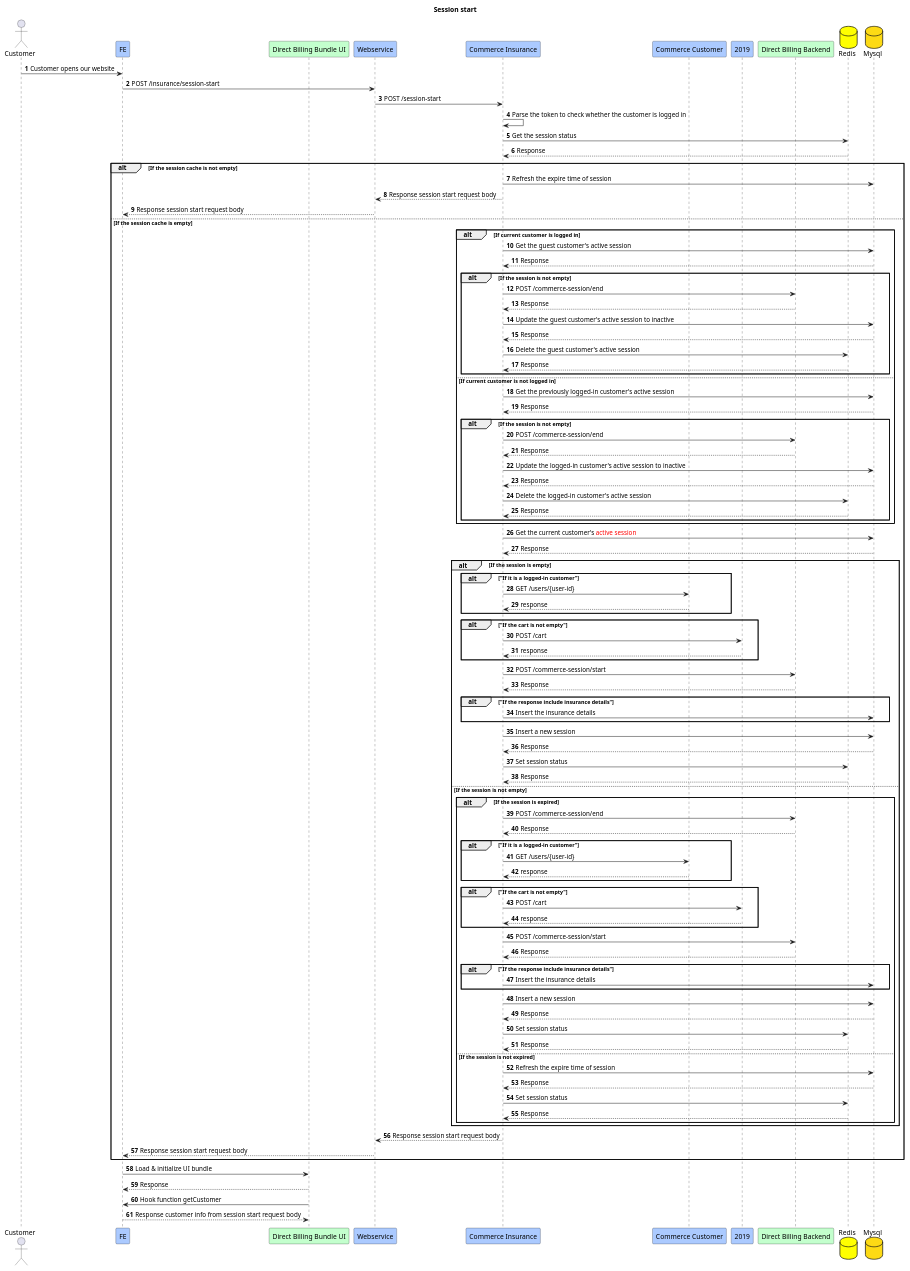
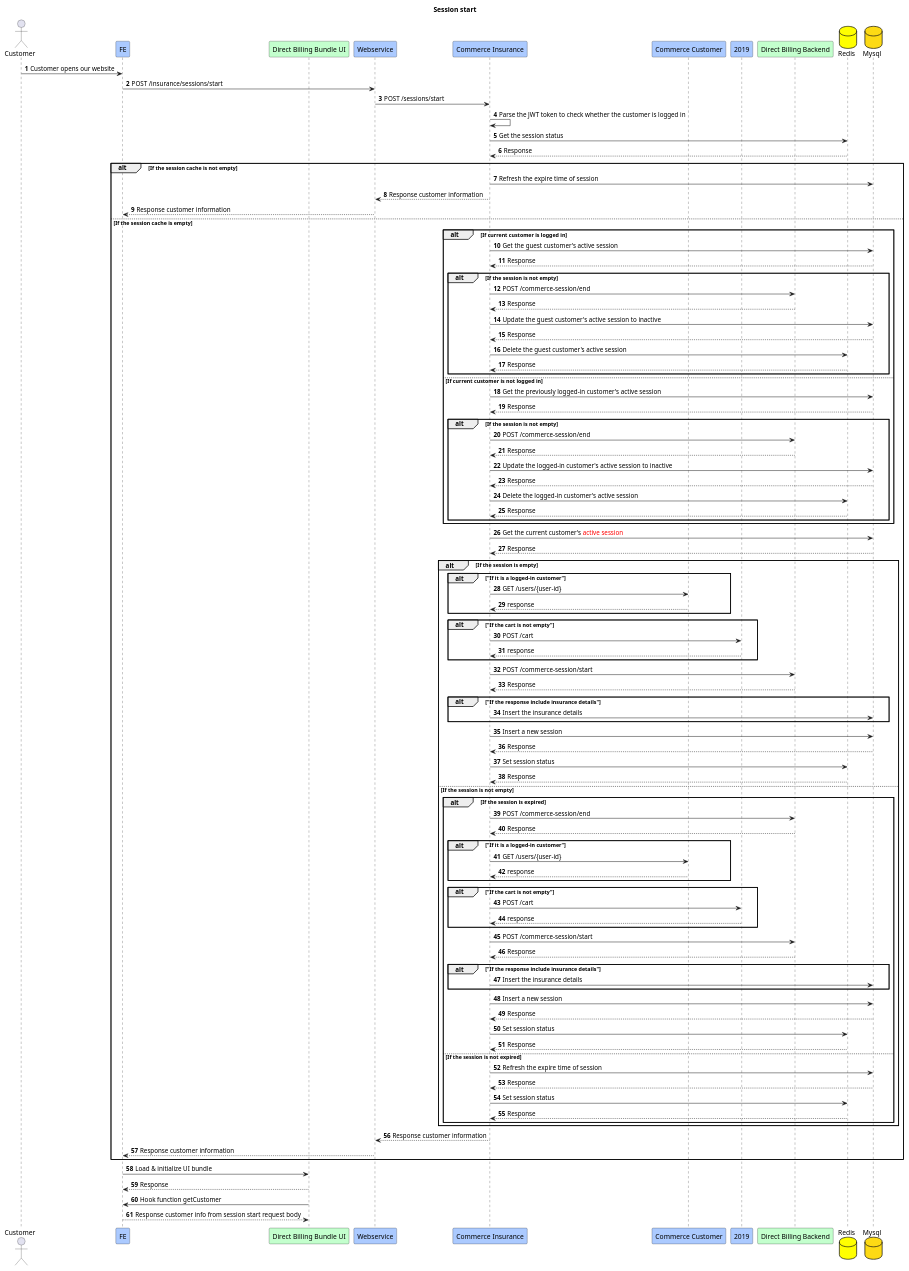
The diagram in 1.Customer session start.puml (Jayounger/EyeMed-Sequence-Diagram), drawn with PlantUML before and after one commit. The commit also changed 75 other files, not shown here.

```diff
--- a/1.Customer session start.puml
+++ b/1.Customer session start.puml
@@ -1,110 +1,110 @@
 @startuml
 title Session start
 actor Customer
 participant FE #abcaff
 participant "Direct Billing Bundle UI" #c3ffcd
 participant "Webservice" #abcaff
 participant "Commerce Insurance" #abcaff
 participant "Commerce Customer" #abcaff
 participant "2019" #abcaff
 participant "Direct Billing Backend" #c3ffcd
 database "Redis" #yellow
 database "Mysql" #fdda14
 
 autonumber
 Customer -> FE:Customer opens our website
-FE -> "Webservice":POST /insurance/session-start
-"Webservice" -> "Commerce Insurance":POST /session-start
-"Commerce Insurance" -> "Commerce Insurance":Parse the token to check whether the customer is logged in
+FE -> "Webservice":POST /insurance/sessions/start
+"Webservice" -> "Commerce Insurance":POST /sessions/start
+"Commerce Insurance" -> "Commerce Insurance":Parse the JWT token to check whether the customer is logged in
 "Commerce Insurance" -> "Redis":Get the session status
 "Redis" --> "Commerce Insurance":Response
 alt If the session cache is not empty
     "Commerce Insurance" -> "Mysql":Refresh the expire time of session
-    "Commerce Insurance" --> "Webservice":Response session start request body
-    "Webservice" --> FE:Response session start request body
+    "Commerce Insurance" --> "Webservice":Response customer information
+    "Webservice" --> FE:Response customer information
 else If the session cache is empty
 
 '    Start verify whether the previous account has ended the session
     alt If current customer is logged in
         "Commerce Insurance" -> "Mysql":Get the guest customer's active session
         "Mysql" --> "Commerce Insurance":Response
         alt If the session is not empty
             "Commerce Insurance" -> "Direct Billing Backend":POST /commerce-session/end
             "Direct Billing Backend" --> "Commerce Insurance":Response
             "Commerce Insurance" -> "Mysql":Update the guest customer's active session to inactive
             "Mysql" --> "Commerce Insurance":Response
             "Commerce Insurance" -> "Redis":Delete the guest customer's active session
             "Redis" --> "Commerce Insurance":Response
         end
     else If current customer is not logged in
         "Commerce Insurance" -> "Mysql":Get the previously logged-in customer's active session
         "Mysql" --> "Commerce Insurance":Response
         alt If the session is not empty
             "Commerce Insurance" -> "Direct Billing Backend":POST /commerce-session/end
             "Direct Billing Backend" --> "Commerce Insurance":Response
             "Commerce Insurance" -> "Mysql":Update the logged-in customer's active session to inactive
             "Mysql" --> "Commerce Insurance":Response
             "Commerce Insurance" -> "Redis":Delete the logged-in customer's active session
             "Redis" --> "Commerce Insurance":Response
         end
     end
 '    End verify whether the previous account has ended the session
 
     "Commerce Insurance" -> "Mysql":Get the current customer's <font color=red>active session
     "Mysql" --> "Commerce Insurance":Response
     alt If the session is empty
         alt "If it is a logged-in customer"
            "Commerce Insurance" -> "Commerce Customer":GET /users/{user-id}
            "Commerce Customer" --> "Commerce Insurance":response
         end
         alt "If the cart is not empty"
            "Commerce Insurance" -> 2019:POST /cart
            2019 --> "Commerce Insurance":response
         end
         "Commerce Insurance" -> "Direct Billing Backend":POST /commerce-session/start
         "Direct Billing Backend" --> "Commerce Insurance":Response
         alt "If the response include insurance details"
             "Commerce Insurance" -> "Mysql":Insert the insurance details
         end
         "Commerce Insurance" -> "Mysql":Insert a new session
         "Mysql" --> "Commerce Insurance":Response
         "Commerce Insurance" -> "Redis":Set session status
         "Redis" --> "Commerce Insurance":Response
     else If the session is not empty
         alt If the session is expired
             "Commerce Insurance" -> "Direct Billing Backend":POST /commerce-session/end
             "Direct Billing Backend" --> "Commerce Insurance":Response
             alt "If it is a logged-in customer"
                "Commerce Insurance" -> "Commerce Customer":GET /users/{user-id}
                "Commerce Customer" --> "Commerce Insurance":response
             end
             alt "If the cart is not empty"
                "Commerce Insurance" -> 2019:POST /cart
                2019 --> "Commerce Insurance":response
             end
             "Commerce Insurance" -> "Direct Billing Backend":POST /commerce-session/start
             "Direct Billing Backend" --> "Commerce Insurance":Response
             alt "If the response include insurance details"
                 "Commerce Insurance" -> "Mysql":Insert the insurance details
             end
             "Commerce Insurance" -> "Mysql":Insert a new session
             "Mysql" --> "Commerce Insurance":Response
             "Commerce Insurance" -> "Redis":Set session status
             "Redis" --> "Commerce Insurance":Response
         else If the session is not expired
             "Commerce Insurance" -> "Mysql":Refresh the expire time of session
             "Mysql" --> "Commerce Insurance":Response
             "Commerce Insurance" -> "Redis":Set session status
             "Redis" --> "Commerce Insurance":Response
         end
     end
-    "Commerce Insurance" --> "Webservice":Response session start request body
+    "Commerce Insurance" --> "Webservice":Response customer information
 
-     "Webservice" --> FE:Response session start request body
+     "Webservice" --> FE:Response customer information
 end
 FE -> "Direct Billing Bundle UI":Load & initialize UI bundle
 "Direct Billing Bundle UI" --> FE:Response
 "Direct Billing Bundle UI" -> FE: Hook function getCustomer
 FE --> "Direct Billing Bundle UI":Response customer info from session start request body
 
 @enduml
```
